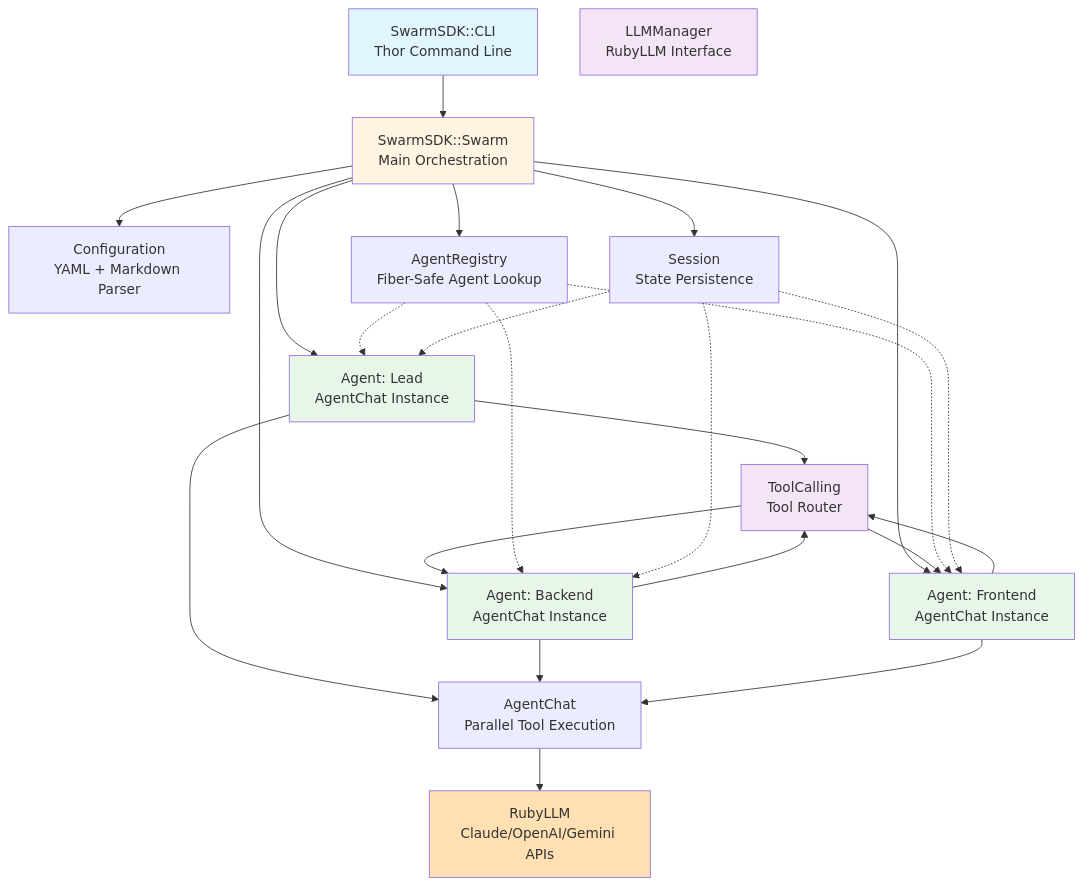
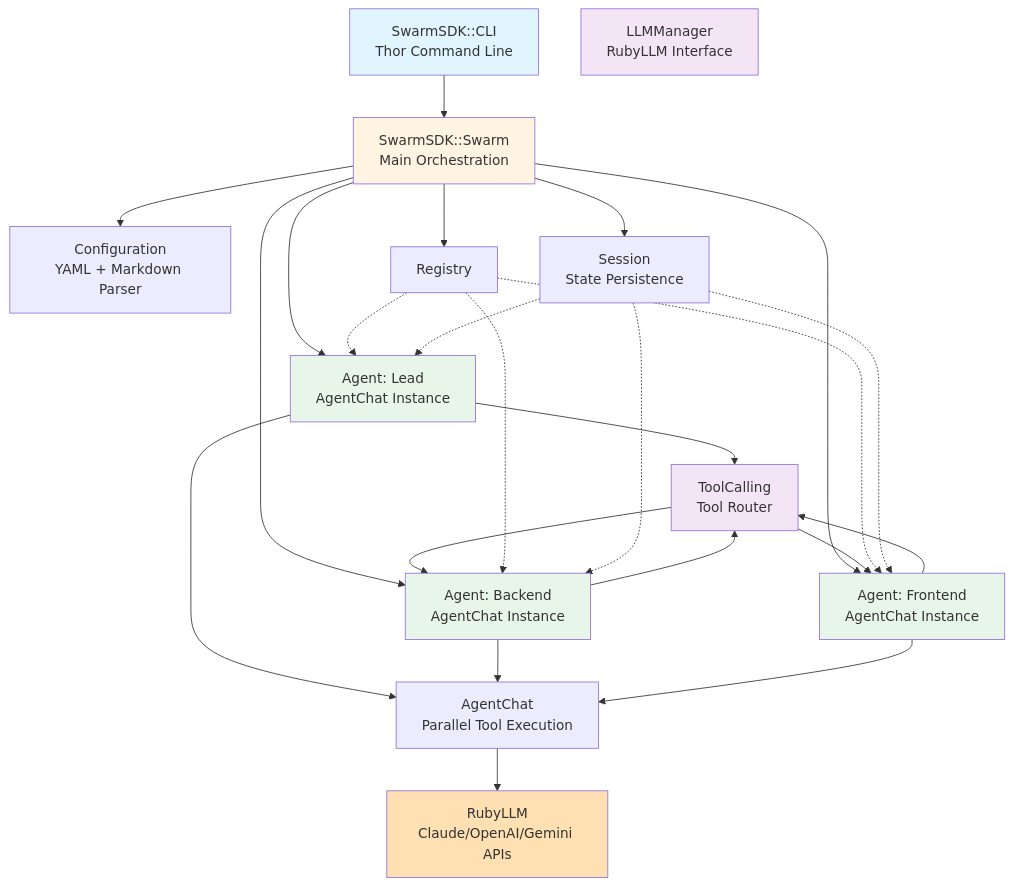
One commit to parruda/claude-swarm changed the first of 9 diagrams in docs/swarm_sdk_architecture.md. Above: the diagram before and after it, drawn with Mermaid. The commit also changed other lines of this file and 4 other files, not shown here.

First line of the commit message:
Remove AgentRegistry and update SwarmSDK defaults

````diff
--- a/docs/swarm_sdk_architecture.md
+++ b/docs/swarm_sdk_architecture.md
@@ -370,57 +369,56 @@
 ```mermaid
 graph TB
     CLI[SwarmSDK::CLI<br/>Thor Command Line]
     Swarm[SwarmSDK::Swarm<br/>Main Orchestration]
     Config[Configuration<br/>YAML + Markdown Parser]
-    Registry[AgentRegistry<br/>Fiber-Safe Agent Lookup]
     Session[Session<br/>State Persistence]
 
     Agent1[Agent: Lead<br/>AgentChat Instance]
     Agent2[Agent: Backend<br/>AgentChat Instance]
     Agent3[Agent: Frontend<br/>AgentChat Instance]
 
     AgentChat[AgentChat<br/>Parallel Tool Execution]
     LLM[LLMManager<br/>RubyLLM Interface]
     Tools[ToolCalling<br/>Tool Router]
 
     RubyLLM[RubyLLM<br/>Claude/OpenAI/Gemini APIs]
 
     CLI --> Swarm
     Swarm --> Config
     Swarm --> Registry
     Swarm --> Session
 
     Swarm --> Agent1
     Swarm --> Agent2
     Swarm --> Agent3
 
     Agent1 --> AgentChat
     Agent2 --> AgentChat
     Agent3 --> AgentChat
 
     AgentChat --> RubyLLM
 
     Agent1 --> Tools
     Agent2 --> Tools
     Agent3 --> Tools
 
     Tools --> Agent2
     Tools --> Agent3
 
     Registry -.-> Agent1
     Registry -.-> Agent2
     Registry -.-> Agent3
 
     Session -.-> Agent1
     Session -.-> Agent2
     Session -.-> Agent3
 
     style CLI fill:#e1f5ff
     style Swarm fill:#fff4e1
     style Agent1 fill:#e8f5e9
     style Agent2 fill:#e8f5e9
     style Agent3 fill:#e8f5e9
     style LLM fill:#f3e5f5
     style Tools fill:#f3e5f5
     style RubyLLM fill:#ffe0b2
 ```
````
